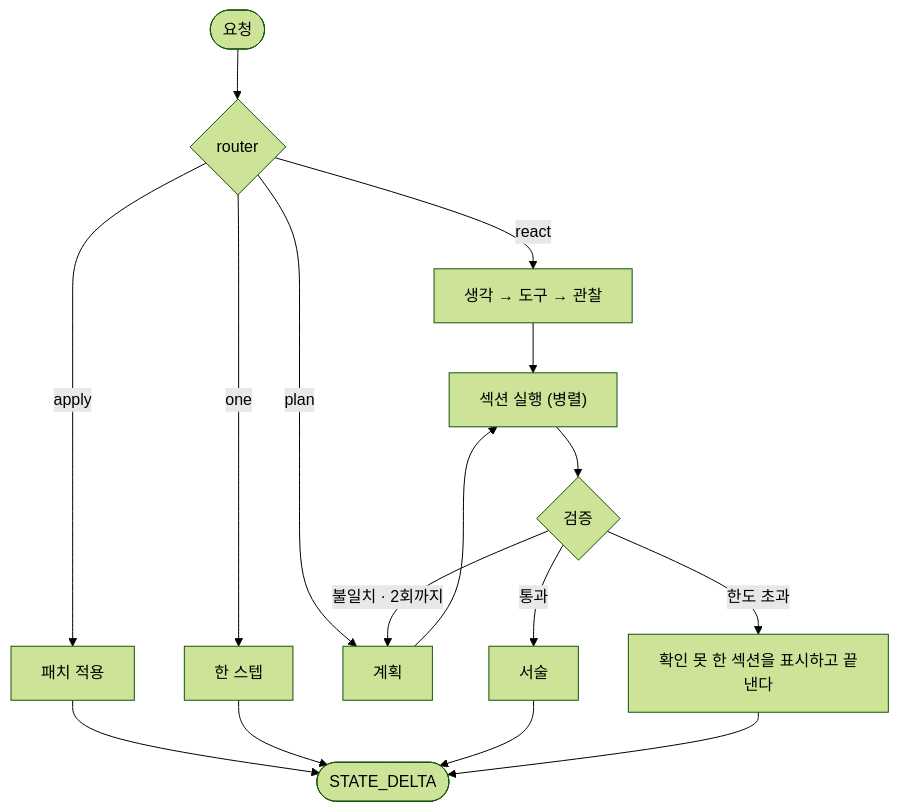
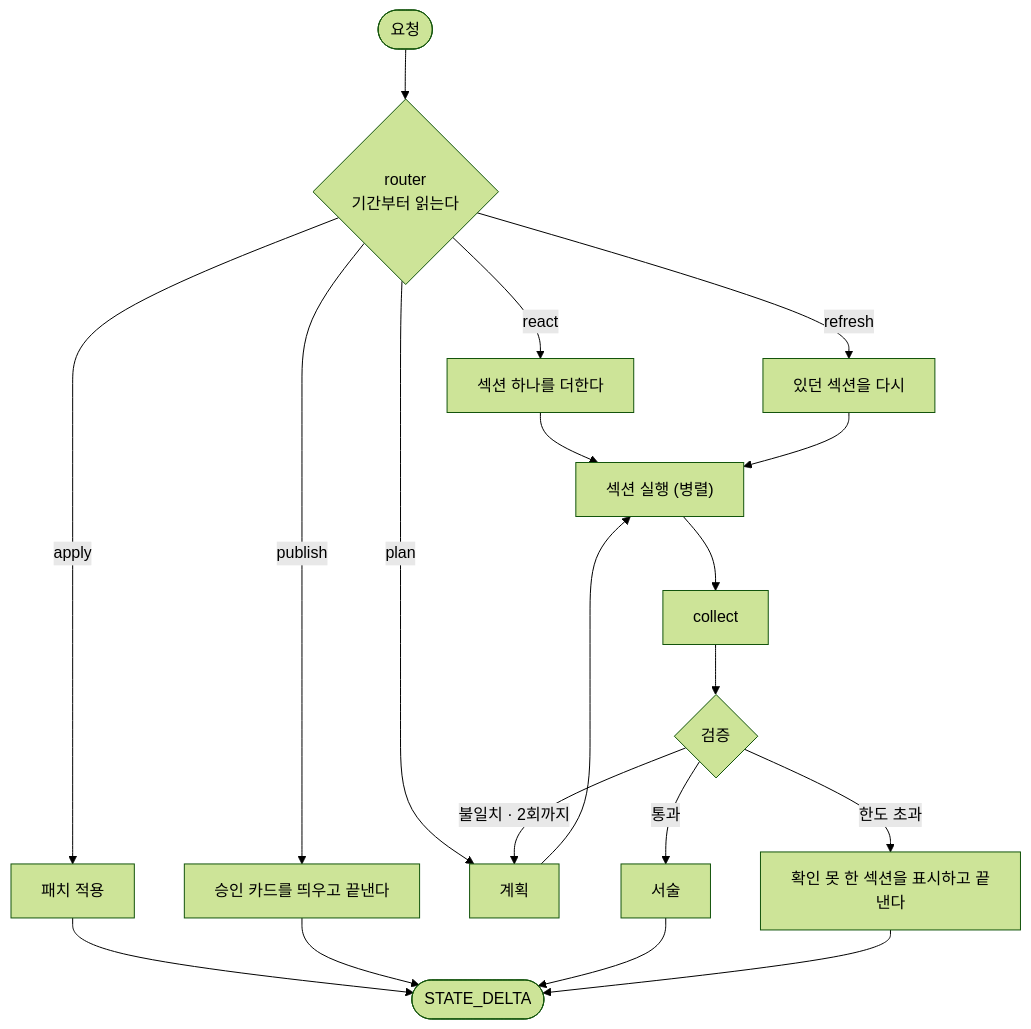
Before and after one commit to 2026-ai-service-engineering-a/ai_service_engineering-track_a: diagram 16 of 21 in site/src/content/courses/ko/session-09/index.mdx, drawn with Mermaid (forest theme). The commit also changed other lines of this file and 1 other file, not shown here.

First line of the commit message:
Document period parsing, time axes, and the refresh route

````diff
--- a/site/src/content/courses/ko/session-09/index.mdx
+++ b/site/src/content/courses/ko/session-09/index.mdx
@@ -1006,18 +1106,21 @@
 ```mermaid
 flowchart TB
-    S(["요청"]) --> R{"router"}
+    S(["요청"]) --> R{"router<br/>기간부터 읽는다"}
     R -->|"apply"| AP["패치 적용"]
-    R -->|"one"| ON["한 스텝"]
-    R -->|"react"| RE["생각 → 도구 → 관찰"]
+    R -->|"publish"| PB["승인 카드를 띄우고 끝낸다"]
+    R -->|"refresh"| RF["있던 섹션을 다시"]
+    R -->|"react"| RE["섹션 하나를 더한다"]
     R -->|"plan"| PL["계획"]
     PL --> SEC["섹션 실행 (병렬)"]
     RE --> SEC
-    SEC --> V{"검증"}
+    RF --> SEC
+    SEC --> CO["collect"]
+    CO --> V{"검증"}
     V -->|"통과"| N["서술"]
     V -->|"불일치 · 2회까지"| PL
     V -->|"한도 초과"| X["확인 못 한 섹션을 표시하고 끝낸다"]
     AP --> D(["STATE_DELTA"])
-    ON --> D
+    PB --> D
     N --> D
     X --> D
 ```
````
